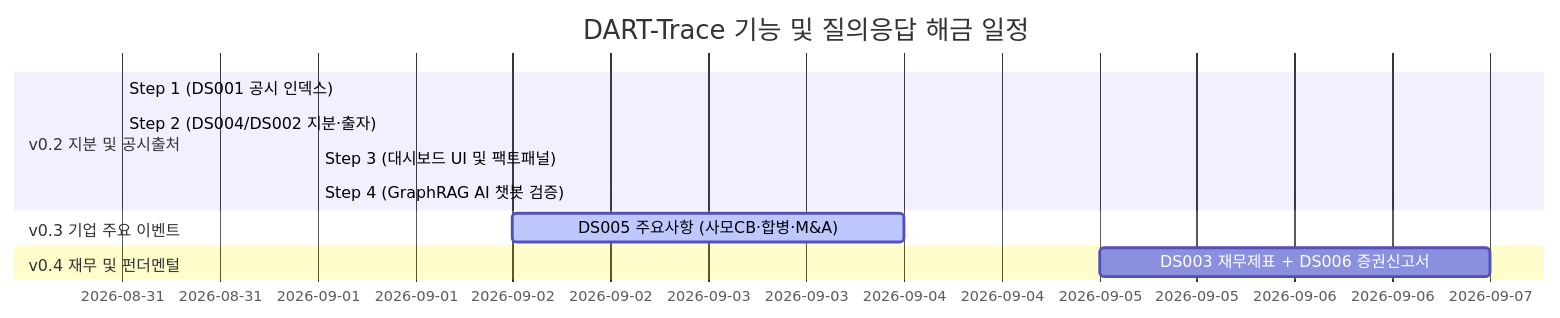
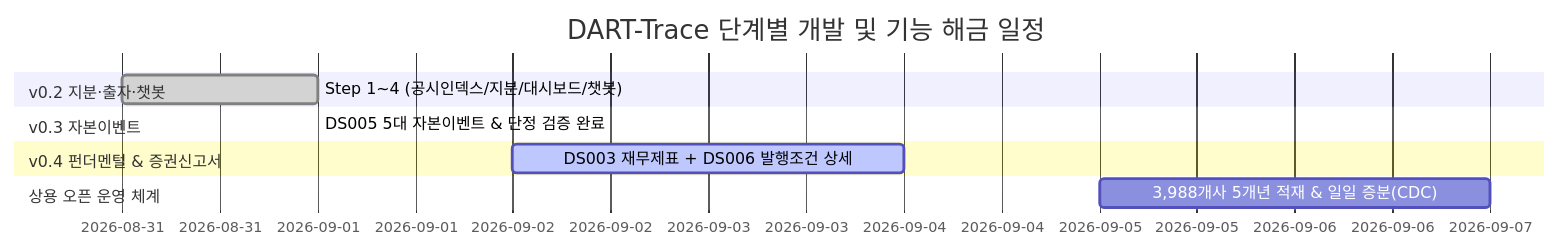
One commit to mycar4/enkoa-practice-knowledge-graph changed the second of 2 diagrams in 내작업폴더/schedule.md. Above: the diagram before and after it, drawn with Mermaid. The commit also changed other lines of this file and 1 other file, not shown here.

Commit message:
docs: finalize v0.3 milestone closure and update next roadmap in schedule.md

````diff
--- a/내작업폴더/schedule.md
+++ b/내작업폴더/schedule.md
@@ -42,14 +60,13 @@
 ```mermaid
 gantt
-    title DART-Trace 기능 및 질의응답 해금 일정
+    title DART-Trace 단계별 개발 및 기능 해금 일정
     dateFormat  YYYY-MM-DD
-    section v0.2 지분 및 공시출처
-    Step 1 (DS001 공시 인덱스)       :done,    des1, 2026-08-31, 2026-08-31
-    Step 2 (DS004/DS002 지분·출자)    :done,    des2, 2026-08-31, 2026-08-31
-    Step 3 (대시보드 UI 및 팩트패널)   :done,    des3, 2026-09-01, 2026-09-01
-    Step 4 (GraphRAG AI 챗봇 검증)   :done,    des4, 2026-09-01, 2026-09-01
-    section v0.3 기업 주요 이벤트
-    DS005 주요사항 (사모CB·합병·M&A) :active,  des5, 2026-09-02, 2026-09-04
-    section v0.4 재무 및 펀더멘털
-    DS003 재무제표 + DS006 증권신고서 :         des6, 2026-09-05, 2026-09-07
+    section v0.2 지분·출자·챗봇
+    Step 1~4 (공시인덱스/지분/대시보드/챗봇) :done, des1, 2026-08-31, 2026-09-01
+    section v0.3 자본이벤트
+    DS005 5대 자본이벤트 & 단정 검증 완료 :done, des2, 2026-09-01, 2026-09-01
+    section v0.4 펀더멘털 & 증권신고서
+    DS003 재무제표 + DS006 발행조건 상세 :active, des3, 2026-09-02, 2026-09-04
+    section 상용 오픈 운영 체계
+    3,988개사 5개년 적재 & 일일 증분(CDC) : des4, 2026-09-05, 2026-09-07
 ```
````
